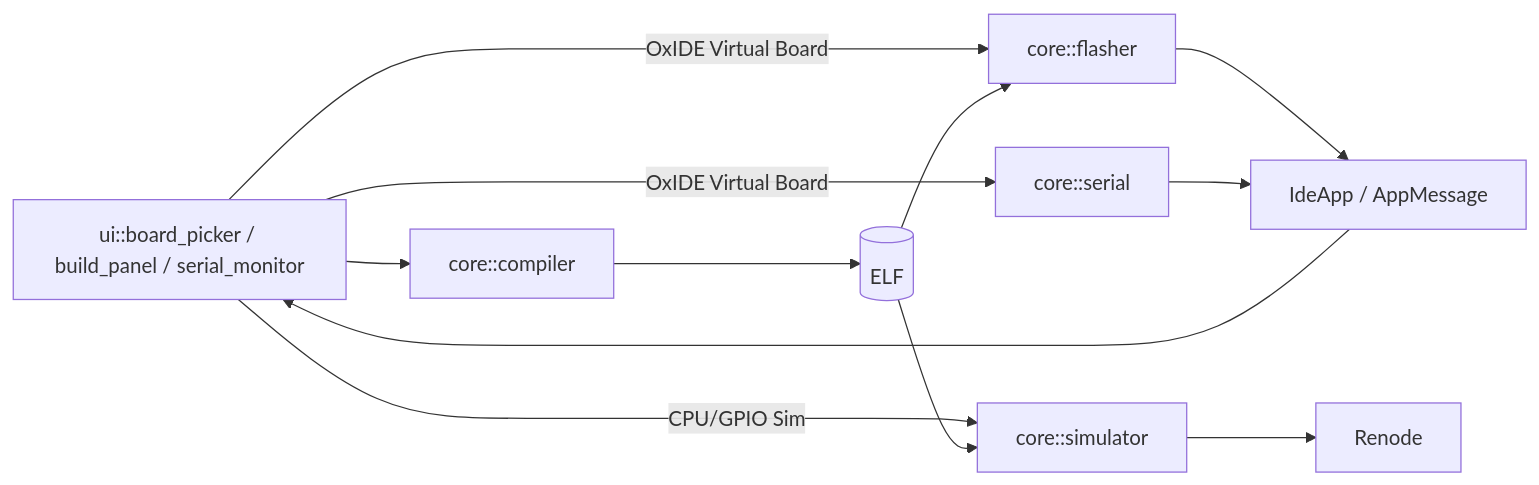
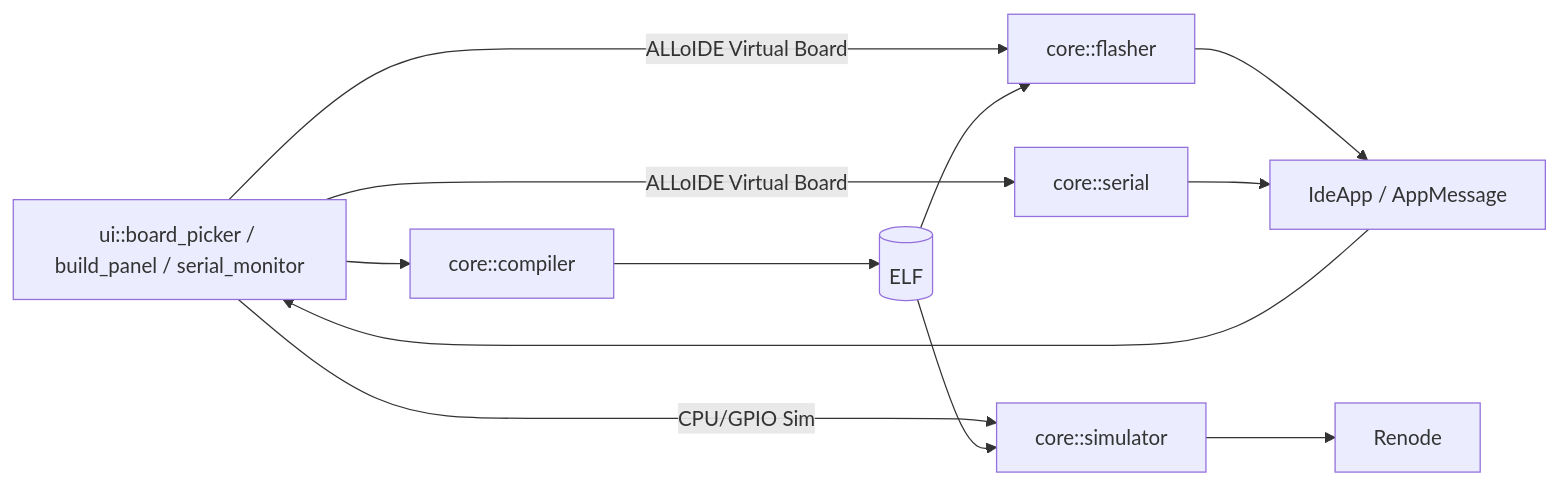
One commit to kastr0419/OxIDE changed the first of 3 diagrams in docs/virtual_mcu_architecture.md. Above: the diagram before and after it, drawn with Mermaid. The commit also changed other lines of this file and 82 other files, not shown here.

First line of the commit message:
refactor: rename OxIDE to ALLoIDE across the repository (#1)

````diff
--- a/docs/virtual_mcu_architecture.md
+++ b/docs/virtual_mcu_architecture.md
@@ -18,21 +18,21 @@
 ```mermaid
 flowchart LR
     UI[ui::board_picker / build_panel / serial_monitor]
     APP[IdeApp / AppMessage]
     BUILD[core::compiler]
     FLASH[core::flasher]
     SERIAL[core::serial]
     SIM[core::simulator]
     RENODE[Renode]
     ELF[(ELF)]
 
     UI --> BUILD --> ELF
-    UI -->|OxIDE Virtual Board| FLASH
-    UI -->|OxIDE Virtual Board| SERIAL
+    UI -->|ALLoIDE Virtual Board| FLASH
+    UI -->|ALLoIDE Virtual Board| SERIAL
     UI -->|CPU/GPIO Sim| SIM
     ELF --> FLASH
     ELF --> SIM --> RENODE
     FLASH --> APP
     SERIAL --> APP
     APP --> UI
 ```
````
